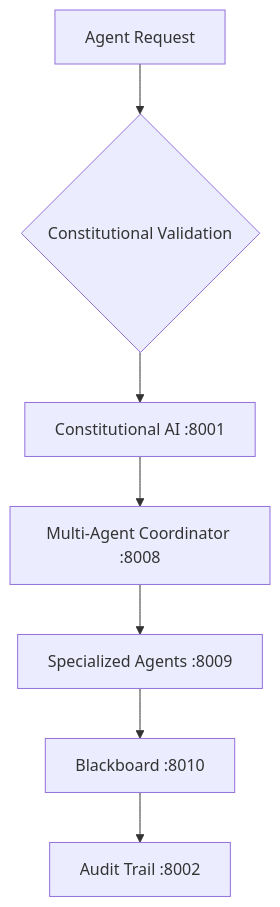
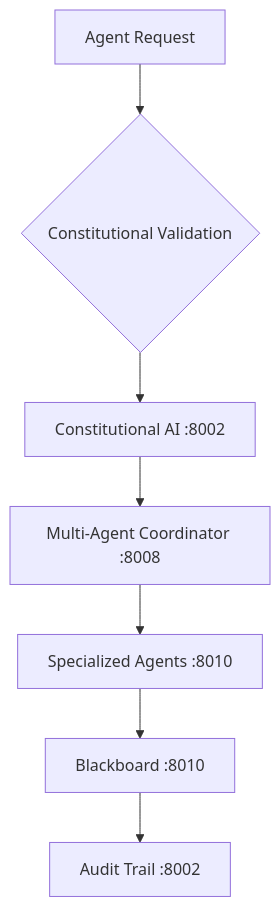
Before and after one commit to CA-git-com-co/ACGS: the diagram in docs/architecture/AGENTS.md, drawn with Mermaid. The commit also changed other lines of this file and 880 other files, not shown here.

````diff
--- a/docs/architecture/AGENTS.md
+++ b/docs/architecture/AGENTS.md
@@ -120,9 +120,9 @@
 ```mermaid
 graph TD
     A[Agent Request] --> B{Constitutional Validation}
-    B --> C[Constitutional AI :8001]
+    B --> C[Constitutional AI :8002]
     C --> D[Multi-Agent Coordinator :8008]
-    D --> E[Specialized Agents :8009]
+    D --> E[Specialized Agents :8010]
     E --> F[Blackboard :8010]
     F --> G[Audit Trail :8002]
 ```
````
